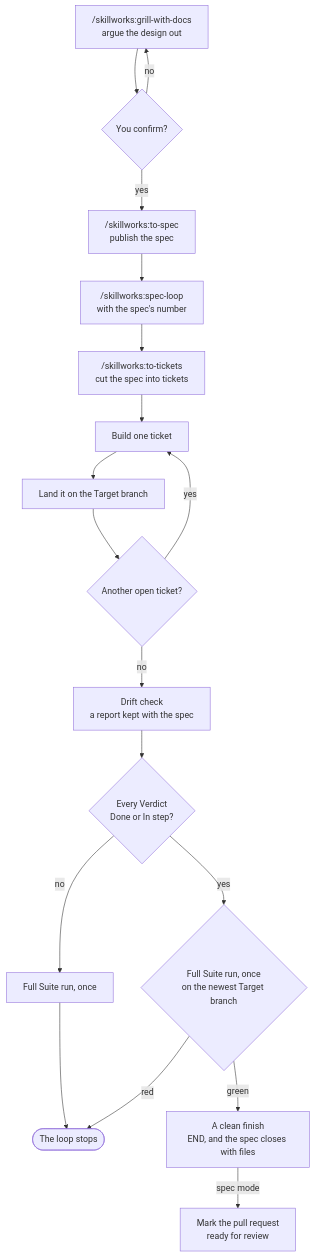
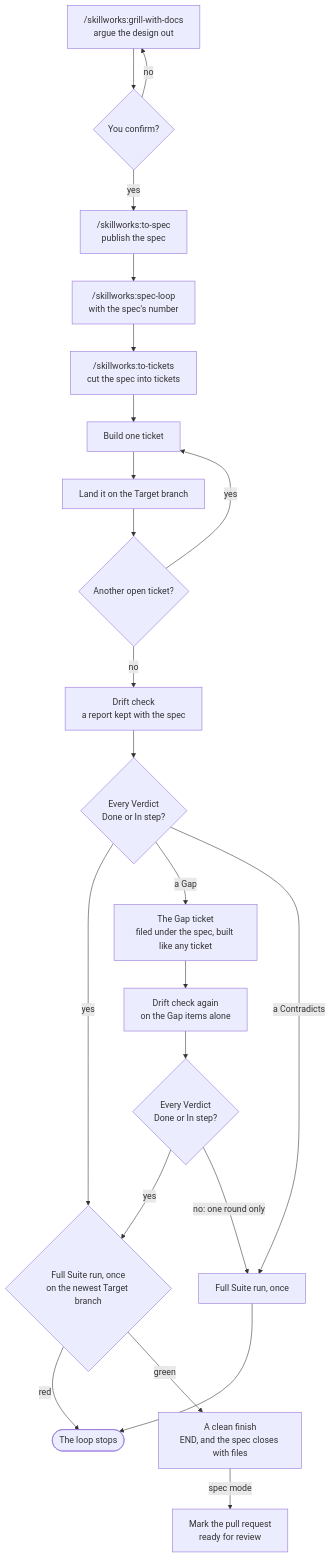
Before and after one commit to MalcolmMcNeely/skillworks: the first of 4 diagrams in docs/usage/the-loop.md, drawn with Mermaid. The commit also changed other lines of this file and 10 other files, not shown here.

First line of the commit message:
The loop builds its Gaps in one round

````diff
--- a/docs/usage/the-loop.md
+++ b/docs/usage/the-loop.md
@@ -11,19 +11,24 @@
 ```mermaid
 flowchart TD
     grill["/skillworks:grill-with-docs<br/>argue the design out"] --> gate{"You confirm?"}
     gate -- no --> grill
     gate -- yes --> spec["/skillworks:to-spec<br/>publish the spec"]
     spec --> loop["/skillworks:spec-loop<br/>with the spec's number"]
     loop --> tickets["/skillworks:to-tickets<br/>cut the spec into tickets"]
     tickets --> ticket["Build one ticket"]
     ticket --> land["Land it on the Target branch"]
     land --> more{"Another open ticket?"}
     more -- yes --> ticket
     more -- no --> drift["Drift check<br/>a report kept with the spec"]
     drift --> count{"Every Verdict<br/>Done or In step?"}
     count -- yes --> full{"Full Suite run, once<br/>on the newest Target branch"}
-    count -- no --> last["Full Suite run, once"] --> stop(["The loop stops"])
+    count -- "a Gap" --> gaps["The Gap ticket<br/>filed under the spec, built like any ticket"]
+    gaps --> recheck["Drift check again<br/>on the Gap items alone"]
+    recheck --> recount{"Every Verdict<br/>Done or In step?"}
+    recount -- yes --> full
+    recount -- "no: one round only" --> last
+    count -- "a Contradicts" --> last["Full Suite run, once"] --> stop(["The loop stops"])
     full -- red --> stop
     full -- green --> clean["A clean finish<br/>END, and the spec closes with files"]
     clean -- "spec mode" --> ready["Mark the pull request<br/>ready for review"]
 ```
````
